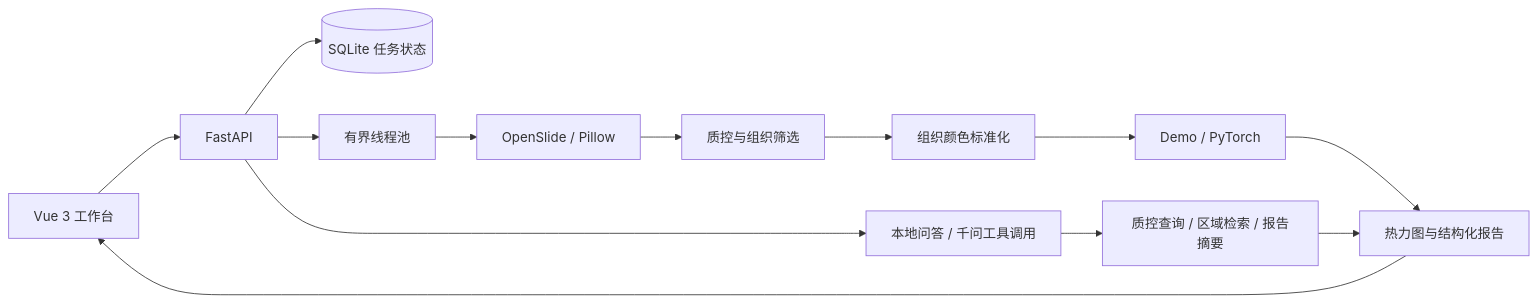
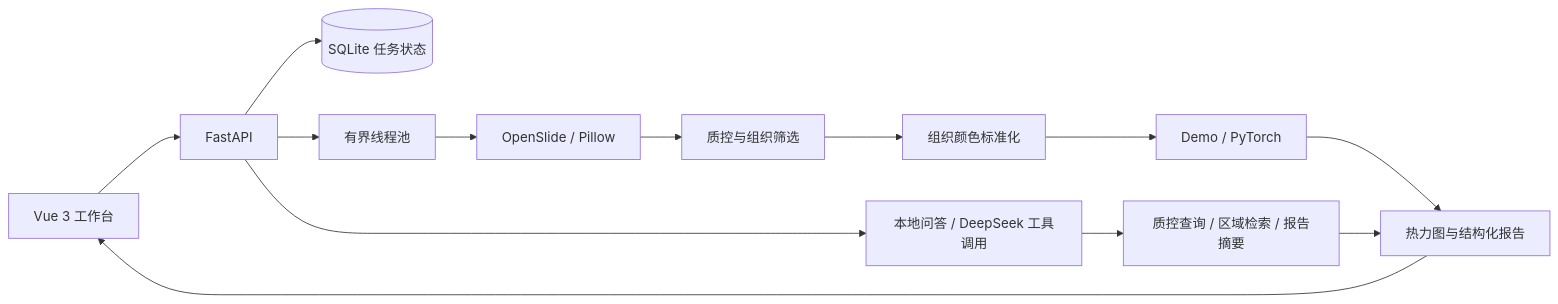
The diagram in README.md (fish0976/pathology-slide-agent), drawn with Mermaid before and after one commit. The commit also changed other lines of this file and 13 other files, not shown here.

Commit message:
Connect DeepSeek assistant with local secret configuration and verified tool calls

````diff
--- a/README.md
+++ b/README.md
@@ -48,15 +48,15 @@
 ```mermaid
 flowchart LR
     UI[Vue 3 工作台] --> API[FastAPI]
     API --> DB[(SQLite 任务状态)]
     API --> Queue[有界线程池]
     Queue --> Reader[OpenSlide / Pillow]
     Reader --> QC[质控与组织筛选]
     QC --> Norm[组织颜色标准化]
     Norm --> Model[Demo / PyTorch]
     Model --> Report[热力图与结构化报告]
     Report --> UI
-    API --> Agent[本地问答 / 千问工具调用]
+    API --> Agent[本地问答 / DeepSeek 工具调用]
     Agent --> Tools[质控查询 / 区域检索 / 报告摘要]
     Tools --> Report
 ```
````
